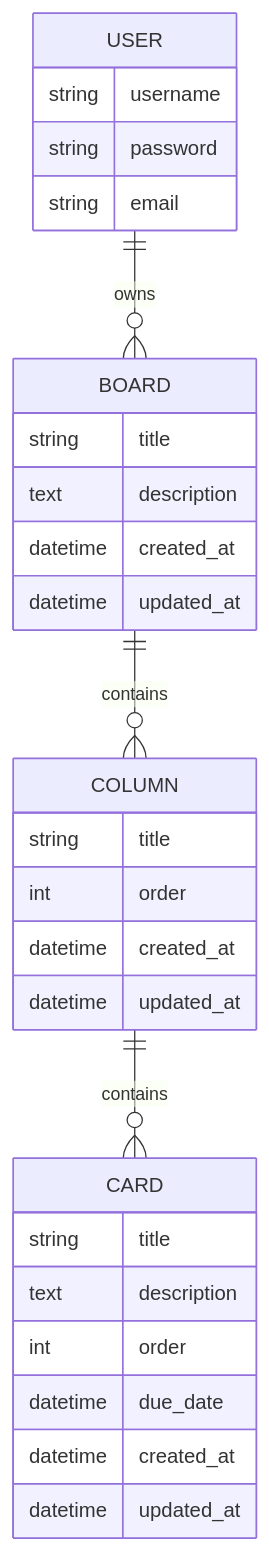
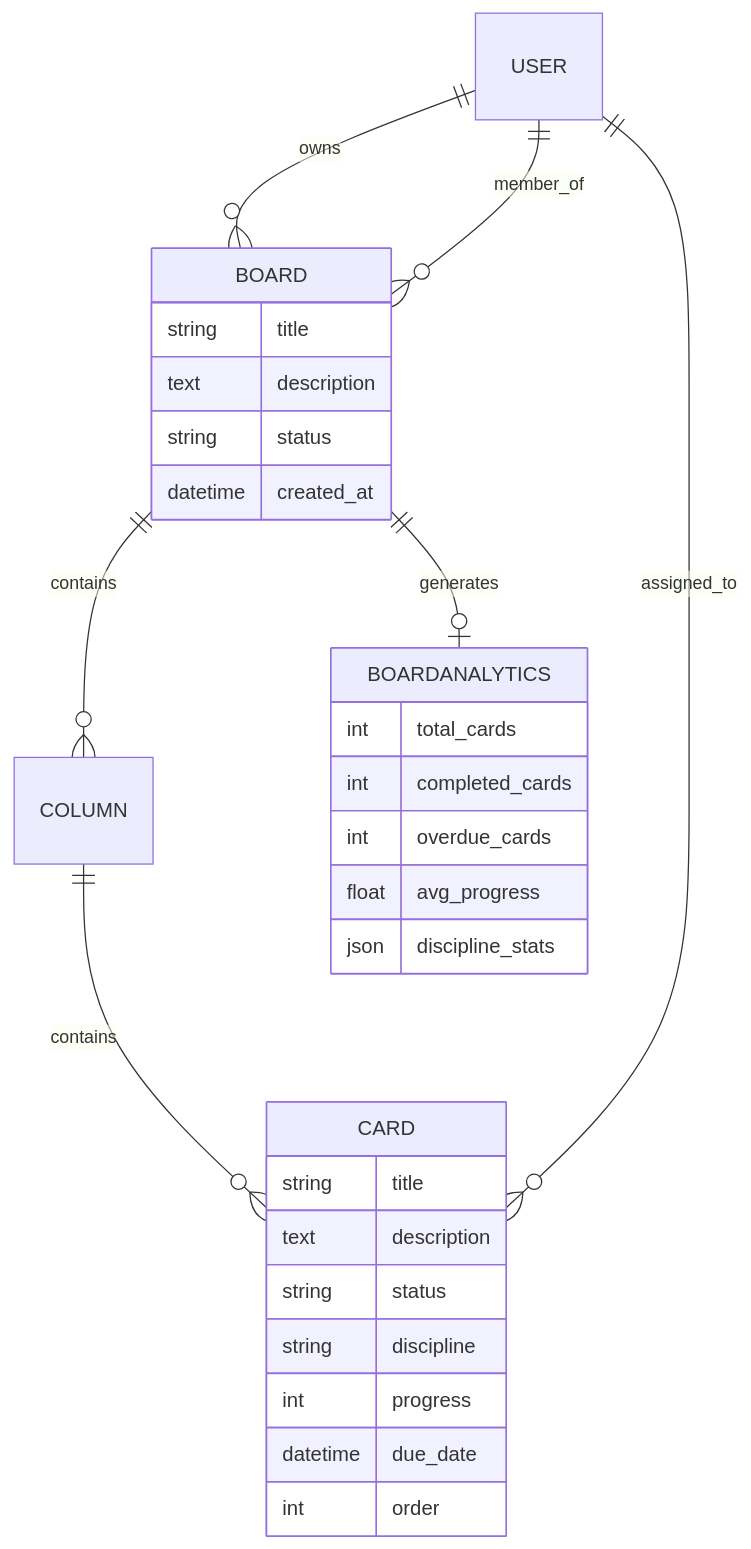
One commit to joao9417/kanban_project changed the diagram in README.md. Above: the diagram before and after it, drawn with Mermaid. The commit also changed other lines of this file and 1 other file, not shown here.

````diff
--- a/README.md
+++ b/README.md
@@ -25,35 +31,34 @@
 ```mermaid
 erDiagram
     USER ||--o{ BOARD : owns
+    USER ||--o{ BOARD : member_of
     BOARD ||--o{ COLUMN : contains
     COLUMN ||--o{ CARD : contains
-
-    USER {
-        string username
-        string password
-        string email
-    }
+    BOARD ||--o| BOARDANALYTICS : generates
+    USER ||--o{ CARD : assigned_to
 
     BOARD {
         string title
         text description
+        string status
         datetime created_at
-        datetime updated_at
-    }
-
-    COLUMN {
-        string title
-        int order
-        datetime created_at
-        datetime updated_at
     }
 
     CARD {
         string title
         text description
+        string status
+        string discipline
+        int progress
+        datetime due_date
         int order
-        datetime due_date
-        datetime created_at
-        datetime updated_at
+    }
+
+    BOARDANALYTICS {
+        int total_cards
+        int completed_cards
+        int overdue_cards
+        float avg_progress
+        json discipline_stats
     }
 ```
````
